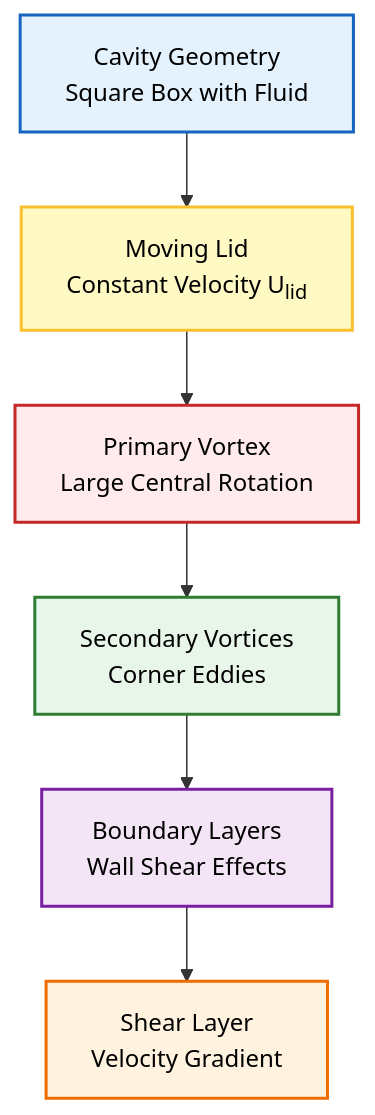
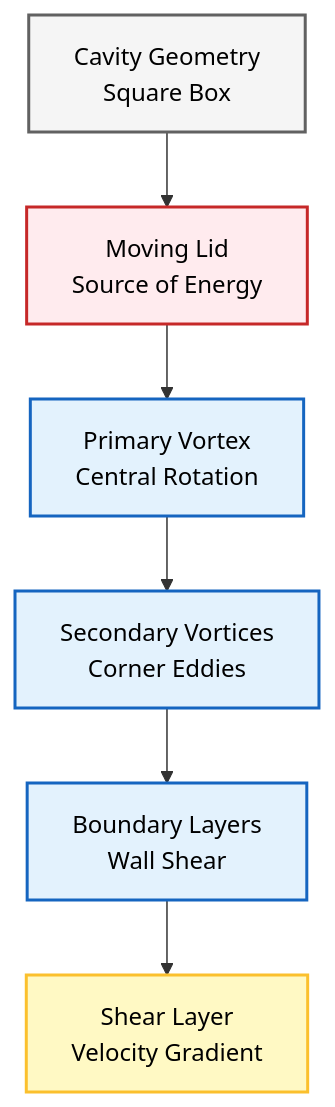
One commit to wramet/build-my-cfd changed the first of 5 diagrams in MODULE_01_CFD_FUNDAMENTALS/CONTENT/04_FIRST_SIMULATION/04_Step-by-Step_Tutorial.md. Above: the diagram before and after it, drawn with Mermaid. The commit also changed other lines of this file and 313 other files, not shown here.

Commit message:
Revise all diagram

````diff
--- a/MODULE_01_CFD_FUNDAMENTALS/CONTENT/04_FIRST_SIMULATION/04_Step-by-Step_Tutorial.md
+++ b/MODULE_01_CFD_FUNDAMENTALS/CONTENT/04_FIRST_SIMULATION/04_Step-by-Step_Tutorial.md
@@ -14,15 +14,13 @@
 ```mermaid
-graph TD
-    A["Cavity Geometry<br/>Square Box with Fluid"] --> B["Moving Lid<br/>Constant Velocity U<sub>lid</sub>"]
-    B --> C["Primary Vortex<br/>Large Central Rotation"]
-    C --> D["Secondary Vortices<br/>Corner Eddies"]
-    D --> E["Boundary Layers<br/>Wall Shear Effects"]
-    E --> F["Shear Layer<br/>Velocity Gradient"]
-
-    style A fill:#e3f2fd,stroke:#1565c0,stroke-width:2px,color:#000
-    style B fill:#fff9c4,stroke:#fbc02d,stroke-width:2px,color:#000
-    style C fill:#ffebee,stroke:#c62828,stroke-width:2px,color:#000
-    style D fill:#e8f5e9,stroke:#2e7d32,stroke-width:2px,color:#000
-    style E fill:#f3e5f5,stroke:#7b1fa2,stroke-width:2px,color:#000
-    style F fill:#fff3e0,stroke:#ef6c00,stroke-width:2px,color:#000
+flowchart TD
+    A["Cavity Geometry<br/>Square Box"]:::context --> B["Moving Lid<br/>Source of Energy"]:::volatile
+    B --> C["Primary Vortex<br/>Central Rotation"]:::implicit
+    C --> D["Secondary Vortices<br/>Corner Eddies"]:::implicit
+    D --> E["Boundary Layers<br/>Wall Shear"]:::implicit
+    E --> F["Shear Layer<br/>Velocity Gradient"]:::explicit
+    
+    classDef context fill:#f5f5f5,stroke:#616161,stroke-width:2px,color:#000;
+    classDef implicit fill:#e3f2fd,stroke:#1565c0,stroke-width:2px,color:#000;
+    classDef explicit fill:#fff9c4,stroke:#fbc02d,stroke-width:2px,color:#000;
+    classDef volatile fill:#ffebee,stroke:#c62828,stroke-width:2px,color:#000;
 ```
````
